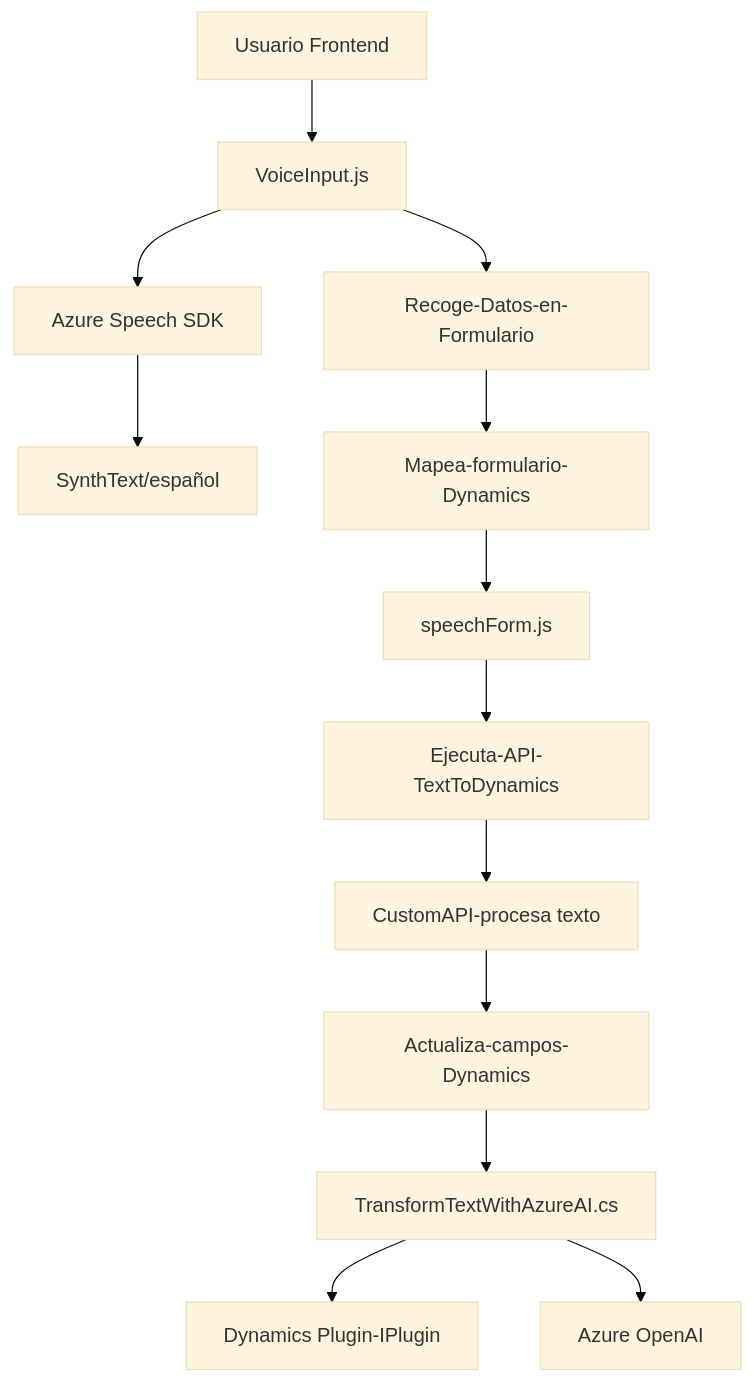
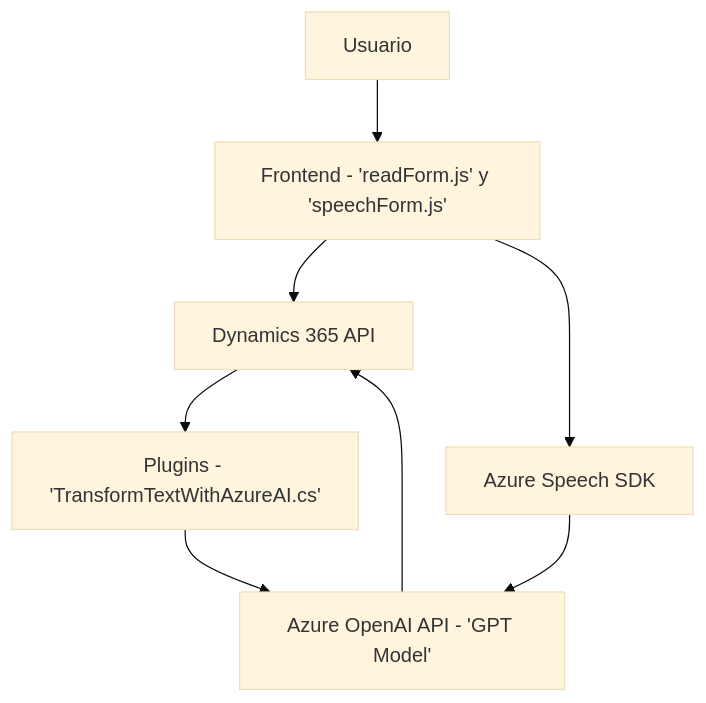
Before and after one commit to blopezdm/NETCORE_BILBAO2025: the diagram in README.md, drawn with Mermaid (base theme). The commit also changed other lines of this file, not shown here.

````diff
--- a/README.md
+++ b/README.md
@@ -35,15 +47,10 @@
 ```mermaid
 graph TD
-    A["Usuario Frontend"] --> B["VoiceInput.js"]
-    B --> C["Recoge-Datos-en-Formulario"]
+    A["Usuario"] --> B["Frontend - 'readForm.js' y 'speechForm.js'"]
+    B --> C["Dynamics 365 API"]
     B --> D["Azure Speech SDK"]
-    D --> E["SynthText/español"]
-    C --> F["Mapea-formulario-Dynamics"]
-    F --> G["speechForm.js"]
-    G --> H["Ejecuta-API-TextToDynamics"]
-    H --> I["CustomAPI-procesa texto"]
-    I --> J["Actualiza-campos-Dynamics"]
-    J --> K["TransformTextWithAzureAI.cs"]
-    K --> L["Dynamics Plugin-IPlugin"]
-    K --> M["Azure OpenAI"]
+    C--> E["Plugins - 'TransformTextWithAzureAI.cs'"]
+    E --> F["Azure OpenAI API - 'GPT Model'"]
+    D --> F
+    F --> C
 ```
````
